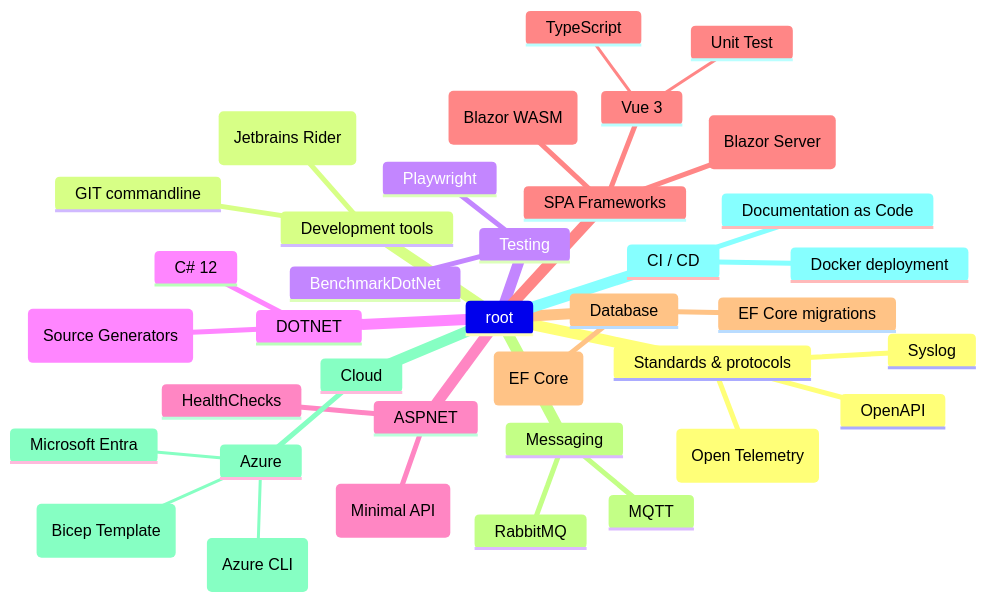
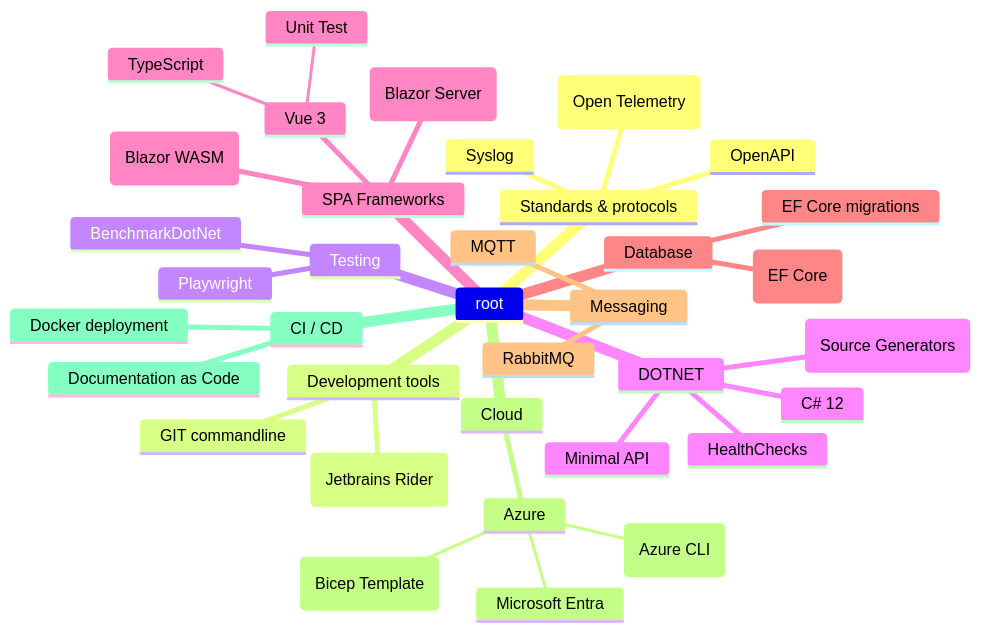
One commit to renevdhoek/renevdhoek changed the second of 2 diagrams in README.md. Above: the diagram before and after it, drawn with Mermaid.

````diff
--- a/README.md
+++ b/README.md
@@ -11,40 +11,39 @@
 ```mermaid
 mindmap
   root
     Standards & protocols
         Syslog
         OpenAPI
         (Open Telemetry)
     Development tools      
         GIT commandline
         (Jetbrains Rider)
     Testing
       Playwright
       BenchmarkDotNet
     DOTNET
       C# 12
-      (Source Generators)    
-    ASPNET
       HealthChecks
-      (Minimal API)
+      (Source Generators)      
+      Minimal API    
     SPA Frameworks
       Vue 3
         Unit Test
         TypeScript
       (Blazor Server)
       (Blazor WASM)
     Database
       EF Core migrations
       (EF Core)
     Messaging
       MQTT
       RabbitMQ
     Cloud
       Azure
         Microsoft Entra
         (Bicep Template)
         (Azure CLI)
     CI / CD
       Docker deployment
       Documentation as Code
 ```
````
